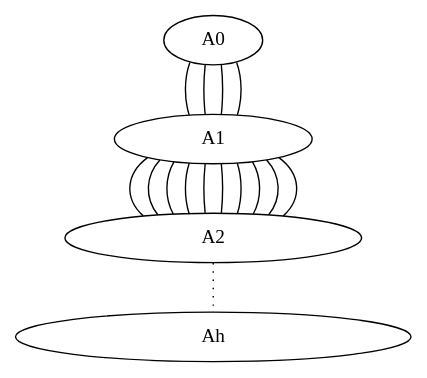
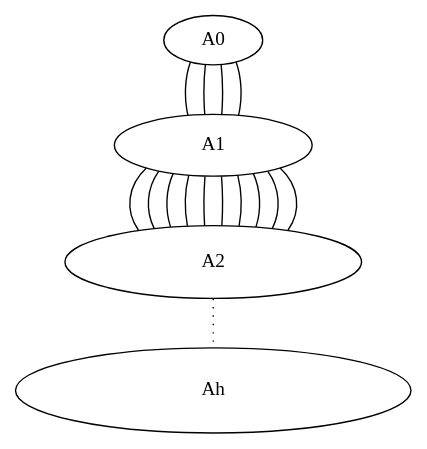
Before and after one commit to shaazzz/GTOI: the diagram in dot/BFS_Groups.dot, drawn with Graphviz. The commit also changed 1 other file, not shown here.

```diff
--- a/dot/BFS_Groups.dot
+++ b/dot/BFS_Groups.dot
@@ -1,22 +1,22 @@
 graph G {
-	A [label="A0", shape=oval, width=1];
-	B [label="A1", shape=oval, width=2];
-	C [label="A2", shape=oval, width=3];
-	D [label="Ah", shape=oval, width=4];
+	A [label="A0", shape=oval, width=1, height=0.5];
+	B [label="A1", shape=oval, width=2, height=0.62];
+	C [label="A2", shape=oval, width=3, height=0.74];
+	D [label="Ah", shape=oval, width=4, height=0.86];
 
 	A -- B 
 	A -- B 
 	A -- B 
 	A -- B 
 	B -- C 
 	B -- C 
 	B -- C 
 	B -- C 
 	B -- C 
 	B -- C 
 	B -- C 
 	B -- C 
 	B -- C 
 	B -- C
 	C -- D [style=dotted]
 }
```
